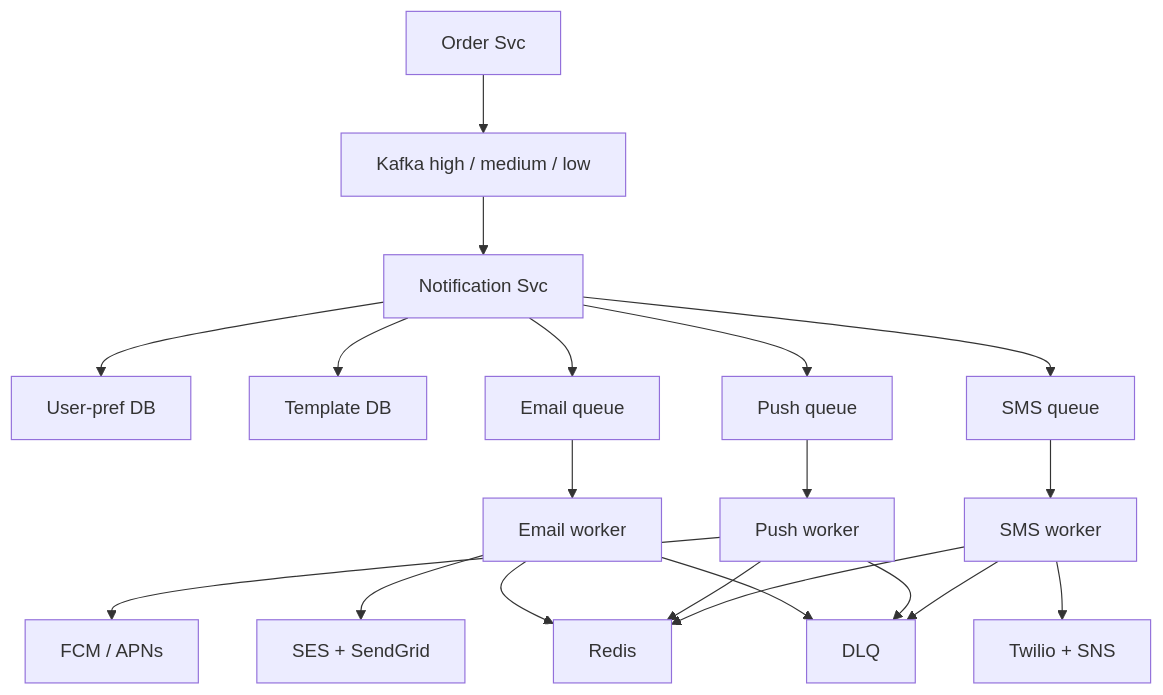
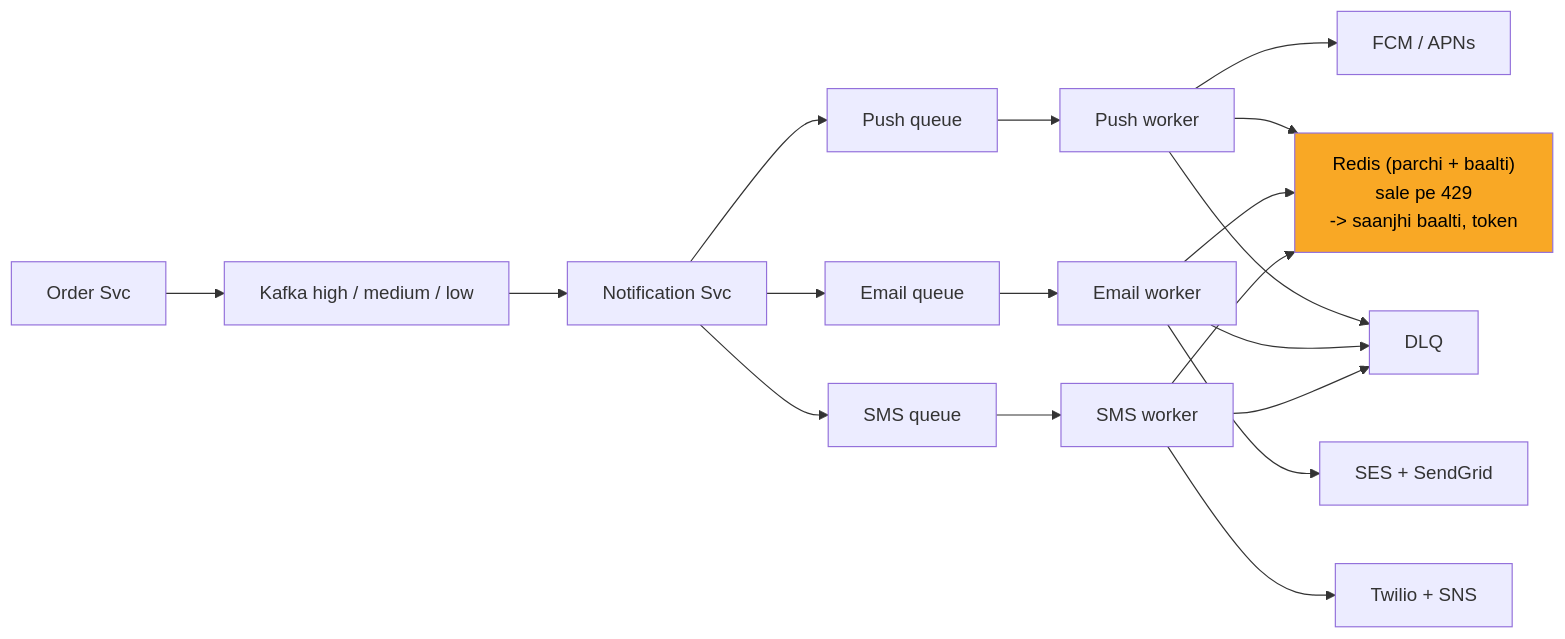
The ninth of 13 diagrams in 04_HLD/SYSTEM_DESIGNS/04_notification_system/04_notification_system.md (ArpanMaheshwari144/Prep), drawn with Mermaid before and after one commit. The commit also changed other lines of this file and 2 other files, not shown here.

Commit message:
notification, payment, file upload: one-day story, short cards, follow-ups with rules, highlighted diagrams

````diff
--- a/04_HLD/SYSTEM_DESIGNS/04_notification_system/04_notification_system.md
+++ b/04_HLD/SYSTEM_DESIGNS/04_notification_system/04_notification_system.md
@@ -491,38 +433,35 @@
 ```mermaid
-flowchart TD
+flowchart LR
     n_Order_Svc["Order Svc"]
-    n_Kafka_high_medium_low["Kafka high / medium / low"]
+    n_Kafka["Kafka high / medium / low"]
     n_Notification_Svc["Notification Svc"]
-    n_User_pref_DB["User-pref DB"]
-    n_Template_DB["Template DB"]
     n_Push_queue["Push queue"]
     n_Push_worker["Push worker"]
     n_FCM_APNs["FCM / APNs"]
     n_Email_queue["Email queue"]
     n_Email_worker["Email worker"]
-    n_SES_SendGrid["SES + SendGrid"]
+    n_SES["SES + SendGrid"]
     n_SMS_queue["SMS queue"]
     n_SMS_worker["SMS worker"]
-    n_Twilio_SNS["Twilio + SNS"]
-    n_Redis["Redis"]
+    n_Twilio["Twilio + SNS"]
+    n_Redis["Redis (parchi + baalti)<br/>sale pe 429<br/>-> saanjhi baalti, token"]
     n_DLQ["DLQ"]
-    n_Order_Svc --> n_Kafka_high_medium_low
-    n_Kafka_high_medium_low --> n_Notification_Svc
-    n_Notification_Svc --> n_User_pref_DB
+    n_Order_Svc --> n_Kafka
+    n_Kafka --> n_Notification_Svc
     n_Notification_Svc --> n_Push_queue
     n_Notification_Svc --> n_Email_queue
     n_Notification_Svc --> n_SMS_queue
-    n_Notification_Svc --> n_Template_DB
     n_Push_queue --> n_Push_worker
     n_Push_worker --> n_FCM_APNs
     n_Email_queue --> n_Email_worker
-    n_Email_worker --> n_SES_SendGrid
+    n_Email_worker --> n_SES
     n_SMS_queue --> n_SMS_worker
-    n_SMS_worker --> n_Twilio_SNS
-    n_SMS_worker --> n_Redis
-    n_SMS_worker --> n_DLQ
+    n_SMS_worker --> n_Twilio
     n_Push_worker --> n_Redis
     n_Email_worker --> n_Redis
+    n_SMS_worker --> n_Redis
     n_Push_worker --> n_DLQ
     n_Email_worker --> n_DLQ
+    n_SMS_worker --> n_DLQ
+    style n_Redis fill:#f9a825,color:#000
 ```
````
